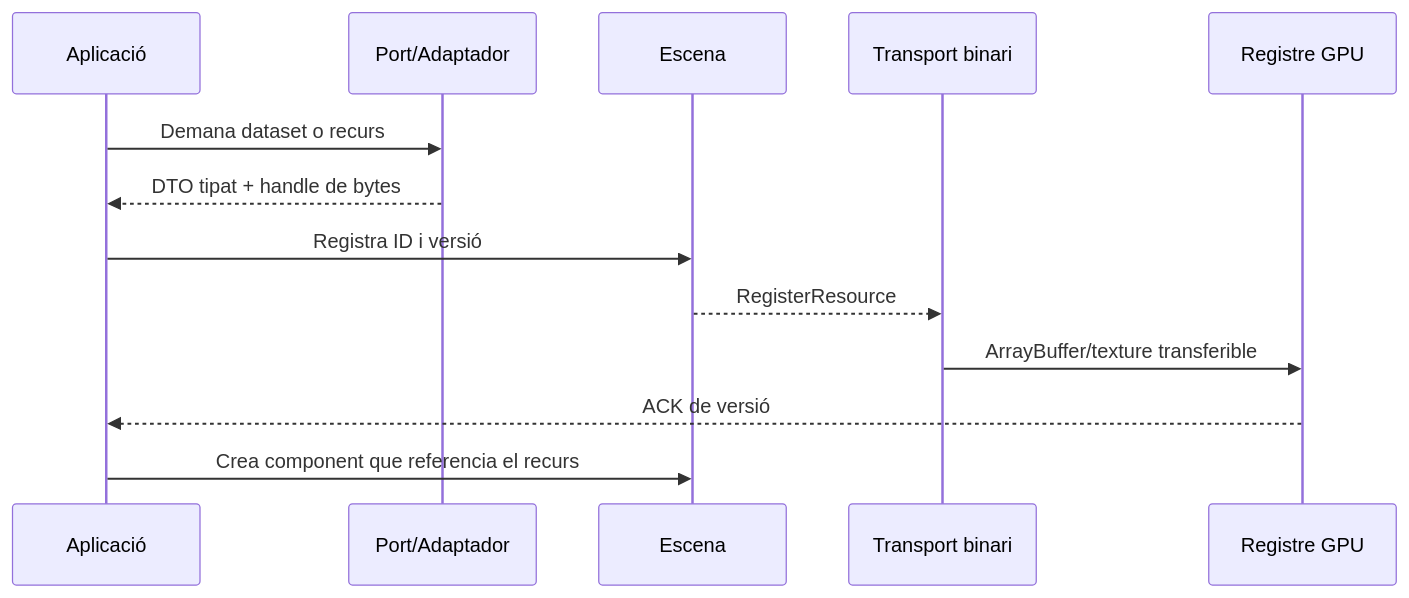
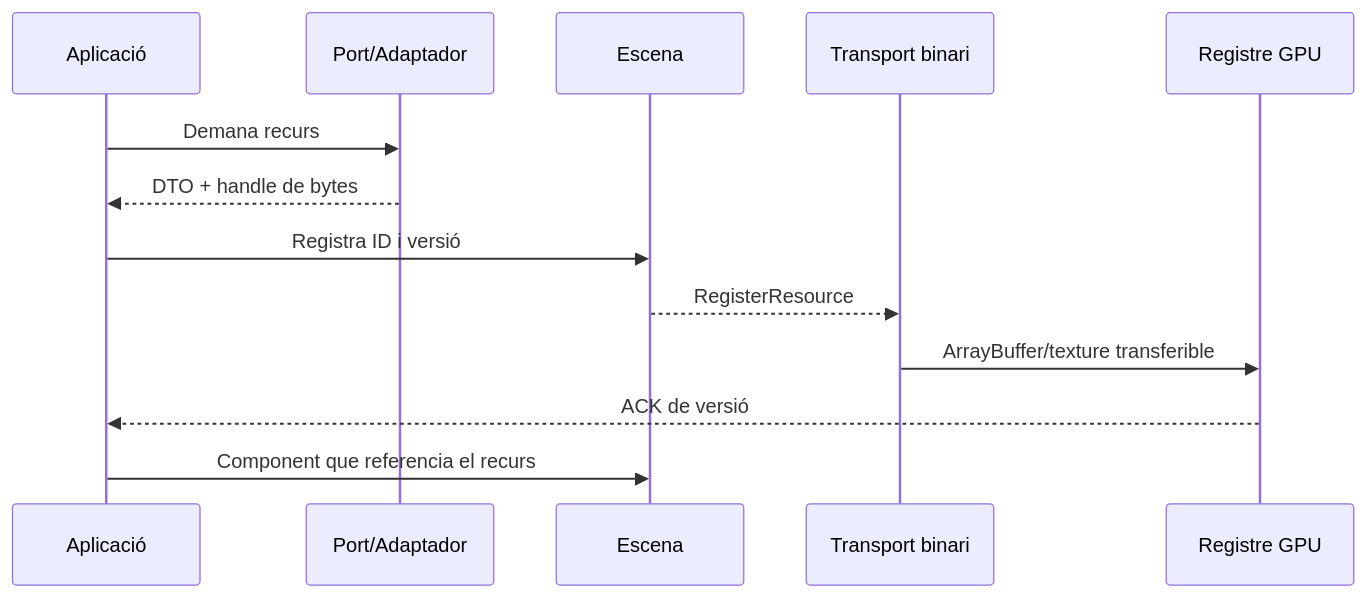
Before and after one commit to ArcadiaLliure/TerraLab3D: the fourth of 5 diagrams in docs/normes_arquitectura.md, drawn with Mermaid. The commit also changed other lines of this file and 84 other files, not shown here.

````diff
--- a/docs/normes_arquitectura.md
+++ b/docs/normes_arquitectura.md
@@ -239,15 +199,15 @@
 ```mermaid
 sequenceDiagram
     participant A as Aplicació
     participant P as Port/Adaptador
     participant S as Escena
     participant B as Transport binari
     participant G as Registre GPU
-    A->>P: Demana dataset o recurs
-    P-->>A: DTO tipat + handle de bytes
+    A->>P: Demana recurs
+    P-->>A: DTO + handle de bytes
     A->>S: Registra ID i versió
     S-->>B: RegisterResource
     B->>G: ArrayBuffer/texture transferible
     G-->>A: ACK de versió
-    A->>S: Crea component que referencia el recurs
+    A->>S: Component que referencia el recurs
 ```
````
